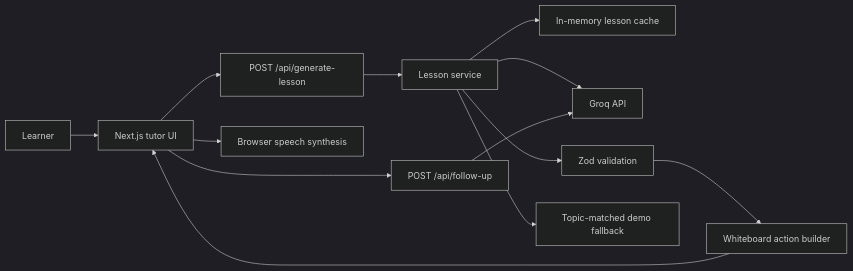
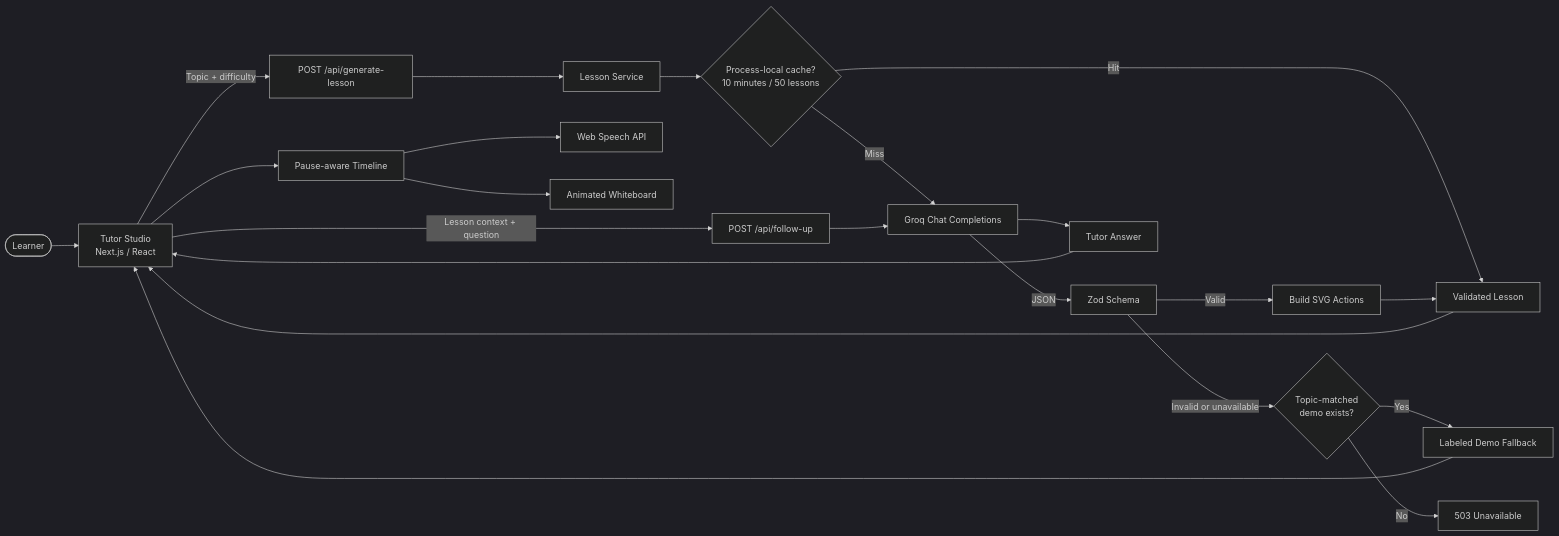
The first of 4 diagrams in README.md (2yb/chalk-ai), drawn with Mermaid (dark theme) before and after one commit. The commit also changed other lines of this file, not shown here.

Commit message:
docs: revamp README with architecture diagrams

````diff
--- a/README.md
+++ b/README.md
@@ -34,15 +27,29 @@
 ```mermaid
 flowchart LR
-  Learner --> UI["Next.js tutor UI"]
-  UI --> LessonAPI["POST /api/generate-lesson"]
-  LessonAPI --> Service["Lesson service"]
-  Service --> Cache["In-memory lesson cache"]
-  Service --> Groq["Groq API"]
-  Service --> Schema["Zod validation"]
-  Service --> Fallback["Topic-matched demo fallback"]
-  Schema --> Visuals["Whiteboard action builder"]
-  Visuals --> UI
-  UI --> Speech["Browser speech synthesis"]
-  UI --> FollowUp["POST /api/follow-up"]
-  FollowUp --> Groq
+    User([Learner]) --> Studio["Tutor Studio<br/>Next.js / React"]
+
+    Studio -->|Topic + difficulty| LessonAPI["POST /api/generate-lesson"]
+    LessonAPI --> LessonService["Lesson Service"]
+
+    LessonService --> Cache{"Process-local cache?<br/>10 minutes / 50 lessons"}
+    Cache -->|Hit| Result["Validated Lesson"]
+    Cache -->|Miss| Groq["Groq Chat Completions"]
+    Groq -->|JSON| Validation["Zod Schema"]
+    Validation -->|Valid| Visuals["Build SVG Actions"]
+    Visuals --> Result
+
+    Validation -->|Invalid or unavailable| Demo{"Topic-matched<br/>demo exists?"}
+    Demo -->|Yes| Fallback["Labeled Demo Fallback"]
+    Demo -->|No| Unavailable["503 Unavailable"]
+
+    Result --> Studio
+    Fallback --> Studio
+    Studio --> Timeline["Pause-aware Timeline"]
+    Timeline --> Speech["Web Speech API"]
+    Timeline --> Board["Animated Whiteboard"]
+
+    Studio -->|Lesson context + question| FollowUpAPI["POST /api/follow-up"]
+    FollowUpAPI --> Groq
+    Groq --> Answer["Tutor Answer"]
+    Answer --> Studio
 ```
````
